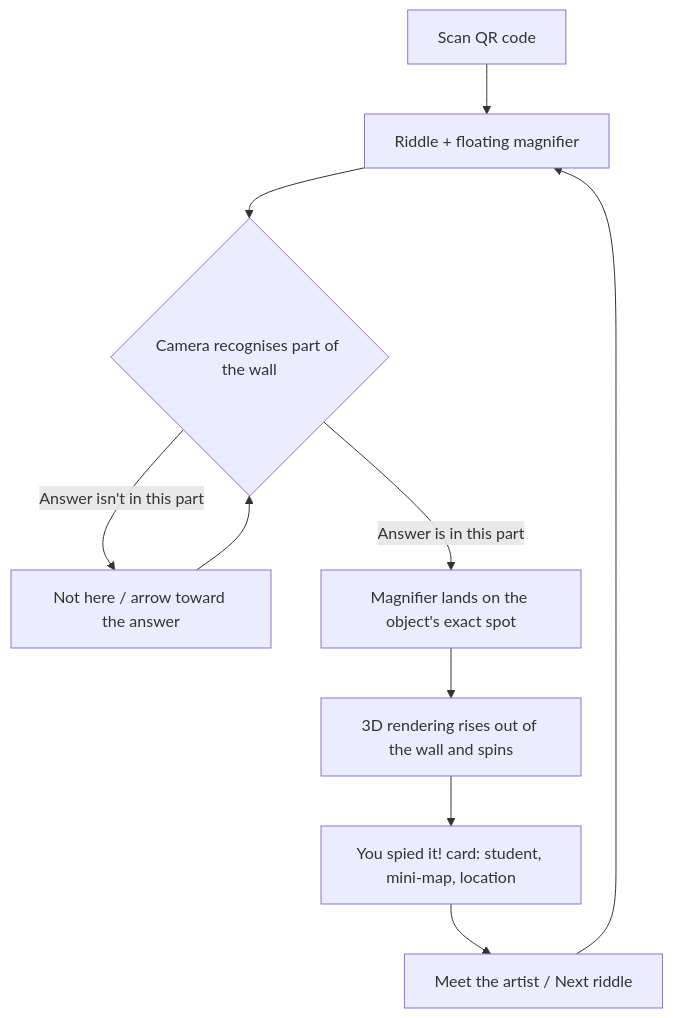
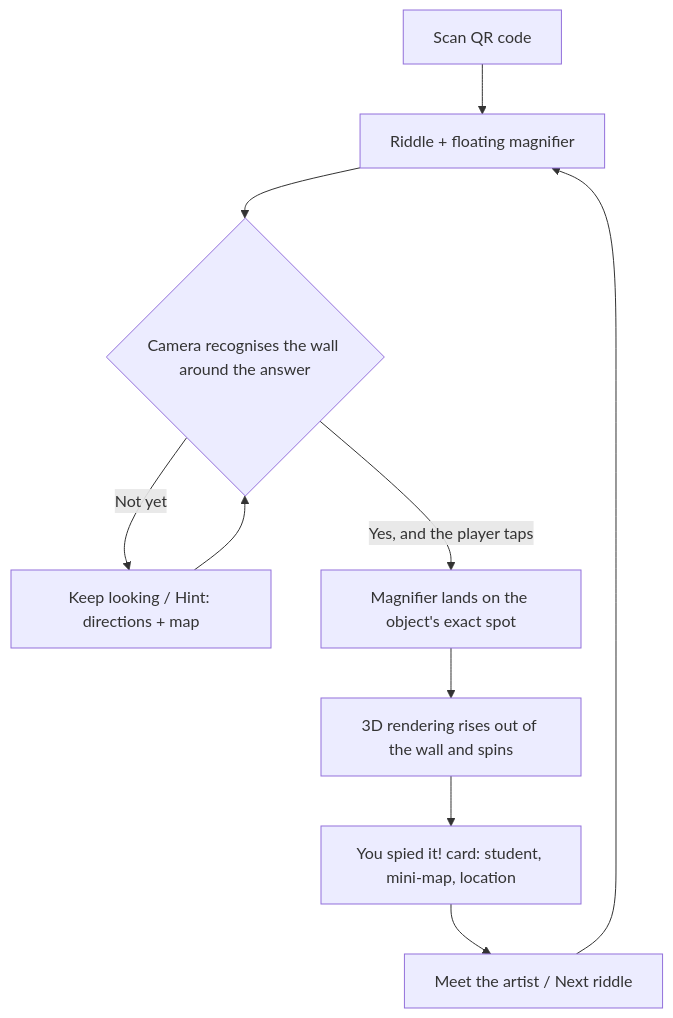
One commit to sam-willi/iya-cohort13-mural-ar changed the diagram in docs/how-it-works.md. Above: the diagram before and after it, drawn with Mermaid. The commit also changed other lines of this file and 6 other files, not shown here.

First line of the commit message:
Update docs and tools for per-object targets from the wall scan

````diff
--- a/docs/how-it-works.md
+++ b/docs/how-it-works.md
@@ -17,12 +17,12 @@
 ```mermaid
 flowchart TD
   A[Scan QR code] --> B[Riddle + floating magnifier]
-  B --> C{Camera recognises part of the wall}
-  C -- Answer isn't in this part --> D[Not here / arrow toward the answer]
+  B --> C{Camera recognises the wall around the answer}
+  C -- Not yet --> D[Keep looking / Hint: directions + map]
   D --> C
-  C -- Answer is in this part --> E[Magnifier lands on the object's exact spot]
+  C -- Yes, and the player taps --> E[Magnifier lands on the object's exact spot]
   E --> F[3D rendering rises out of the wall and spins]
   F --> G[You spied it! card: student, mini-map, location]
   G --> H[Meet the artist / Next riddle]
   H --> B
 ```
````
